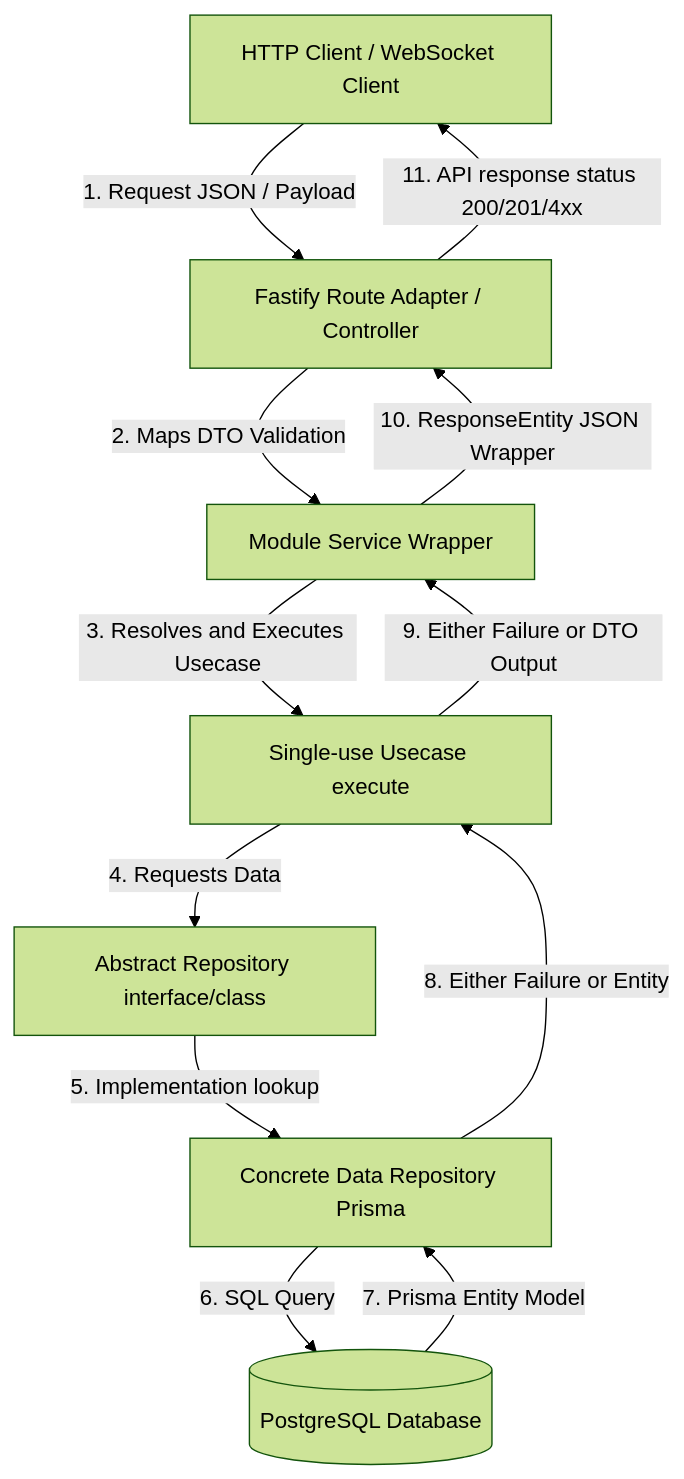
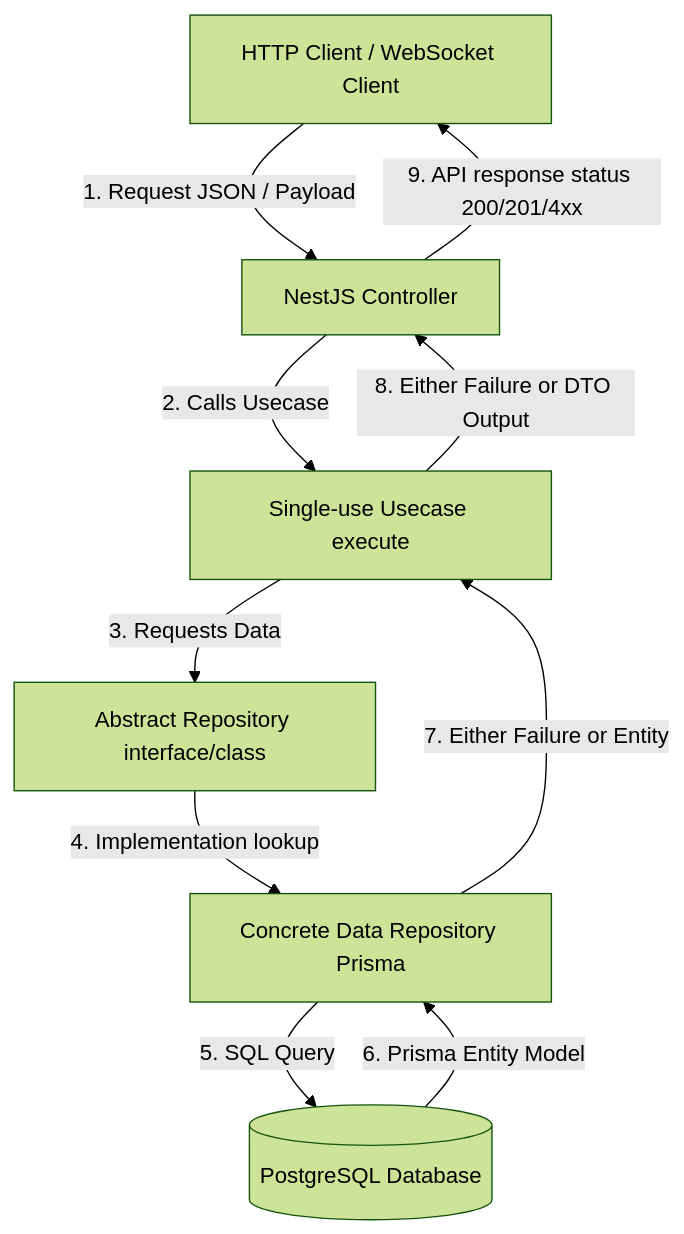
One commit to vsmarlon/freebay changed the second of 2 diagrams in AGENTS.md. Above: the diagram before and after it, drawn with Mermaid (forest theme). The commit also changed other lines of this file and 141 other files, not shown here.

````diff
--- a/AGENTS.md
+++ b/AGENTS.md
@@ -376,14 +51,12 @@
 ```mermaid
 graph TD
-    Client[HTTP Client / WebSocket Client] -->|1. Request JSON / Payload| Controller[Fastify Route Adapter / Controller]
-    Controller -->|2. Maps DTO Validation| Service[Module Service Wrapper]
-    Service -->|3. Resolves and Executes Usecase| Usecase[Single-use Usecase execute]
-    Usecase -->|4. Requests Data| AbstractRepo[Abstract Repository interface/class]
-    AbstractRepo -->|5. Implementation lookup| DataRepo[Concrete Data Repository Prisma]
-    DataRepo -->|6. SQL Query| DB[(PostgreSQL Database)]
-    DB -->|7. Prisma Entity Model| DataRepo
-    DataRepo -->|8. Either Failure or Entity| Usecase
-    Usecase -->|9. Either Failure or DTO Output| Service
-    Service -->|10. ResponseEntity JSON Wrapper| Controller
-    Controller -->|11. API response status 200/201/4xx| Client
+    Client[HTTP Client / WebSocket Client] -->|1. Request JSON / Payload| Controller[NestJS Controller]
+    Controller -->|2. Calls Usecase| Usecase[Single-use Usecase execute]
+    Usecase -->|3. Requests Data| AbstractRepo[Abstract Repository interface/class]
+    AbstractRepo -->|4. Implementation lookup| DataRepo[Concrete Data Repository Prisma]
+    DataRepo -->|5. SQL Query| DB[(PostgreSQL Database)]
+    DB -->|6. Prisma Entity Model| DataRepo
+    DataRepo -->|7. Either Failure or Entity| Usecase
+    Usecase -->|8. Either Failure or DTO Output| Controller
+    Controller -->|9. API response status 200/201/4xx| Client
 ```
````
